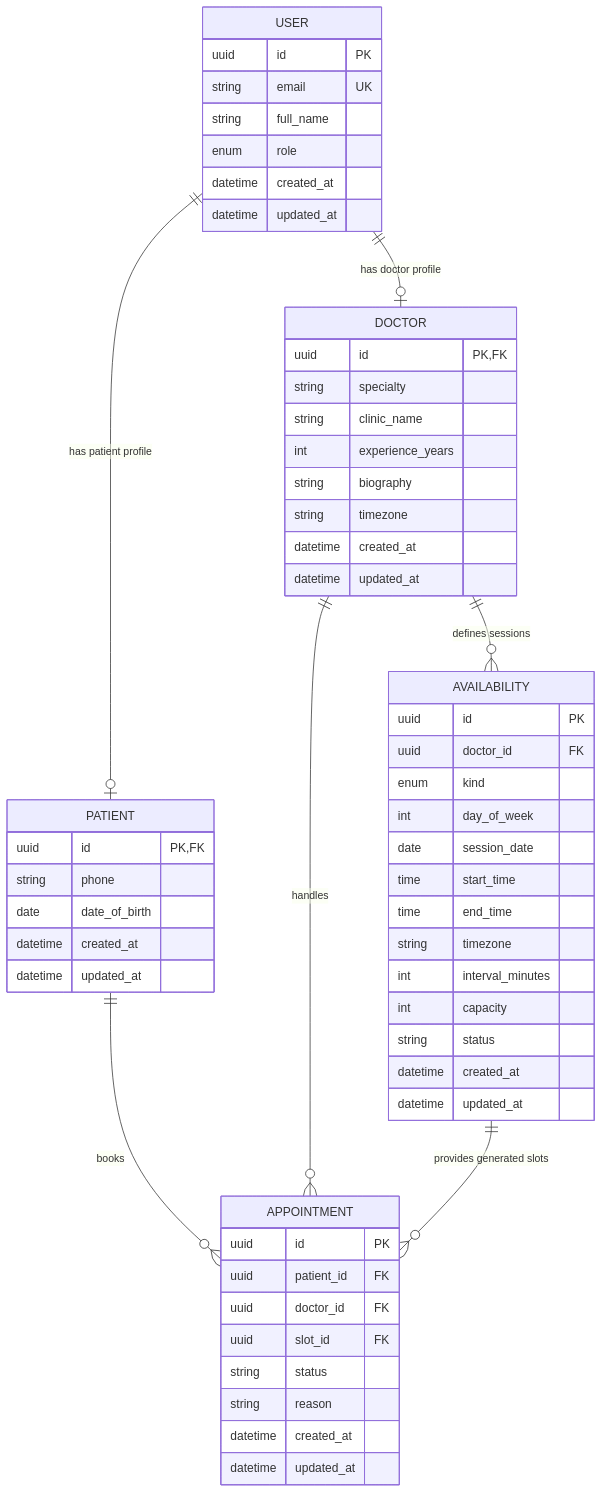
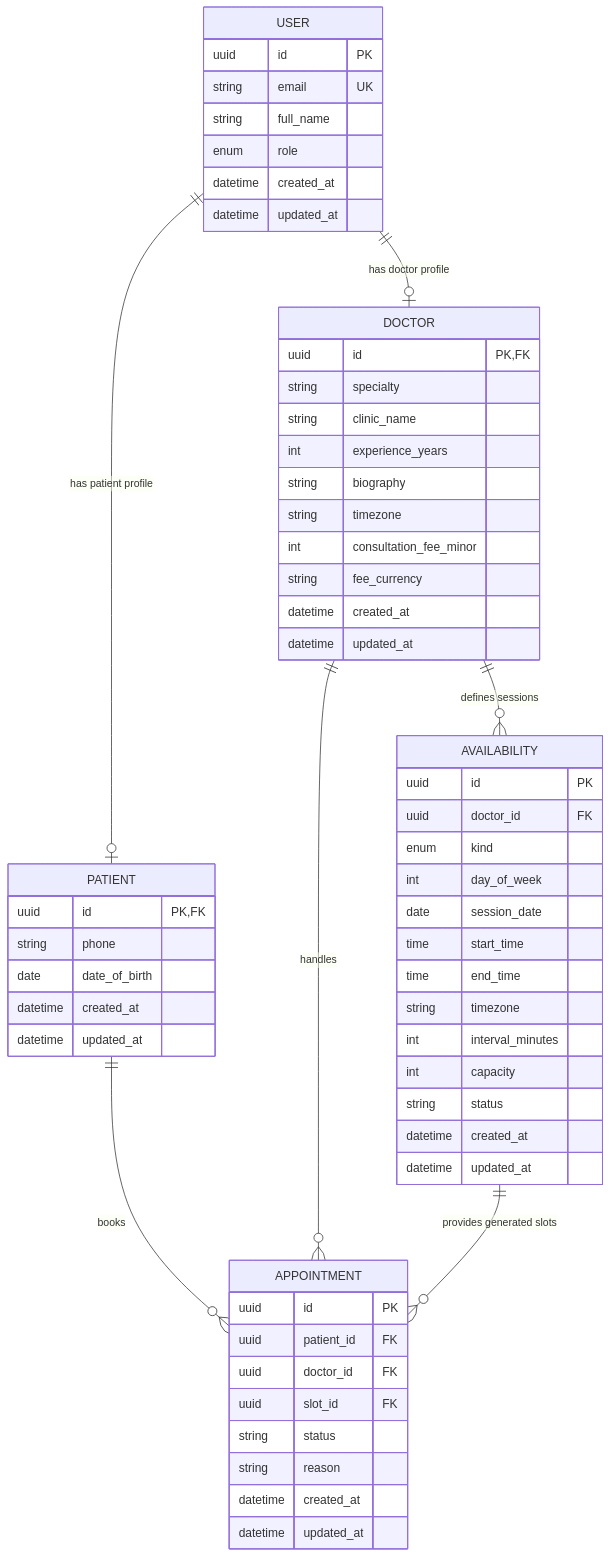
One commit to bhaskarpandey1234/schedula-bhaskar-pandey changed the diagram in docs/er-diagram.md. Above: the diagram before and after it, drawn with Mermaid. The commit also changed other lines of this file and 32 other files, not shown here.

````diff
--- a/docs/er-diagram.md
+++ b/docs/er-diagram.md
@@ -5,64 +5,66 @@
 ```mermaid
 erDiagram
     USER {
         uuid id PK
         string email UK
         string full_name
         enum role
         datetime created_at
         datetime updated_at
     }
 
     PATIENT {
         uuid id PK, FK
         string phone
         date date_of_birth
         datetime created_at
         datetime updated_at
     }
 
     DOCTOR {
         uuid id PK, FK
         string specialty
         string clinic_name
         int experience_years
         string biography
         string timezone
+        int consultation_fee_minor
+        string fee_currency
         datetime created_at
         datetime updated_at
     }
 
     AVAILABILITY {
         uuid id PK
         uuid doctor_id FK
         enum kind
         int day_of_week
         date session_date
         time start_time
         time end_time
         string timezone
         int interval_minutes
         int capacity
         string status
         datetime created_at
         datetime updated_at
     }
 
     APPOINTMENT {
         uuid id PK
         uuid patient_id FK
         uuid doctor_id FK
         uuid slot_id FK
         string status
         string reason
         datetime created_at
         datetime updated_at
     }
 
     USER ||--o| PATIENT : "has patient profile"
     USER ||--o| DOCTOR : "has doctor profile"
     DOCTOR ||--o{ AVAILABILITY : "defines sessions"
     PATIENT ||--o{ APPOINTMENT : "books"
     DOCTOR ||--o{ APPOINTMENT : "handles"
     AVAILABILITY ||--o{ APPOINTMENT : "provides generated slots"
 ```
````
